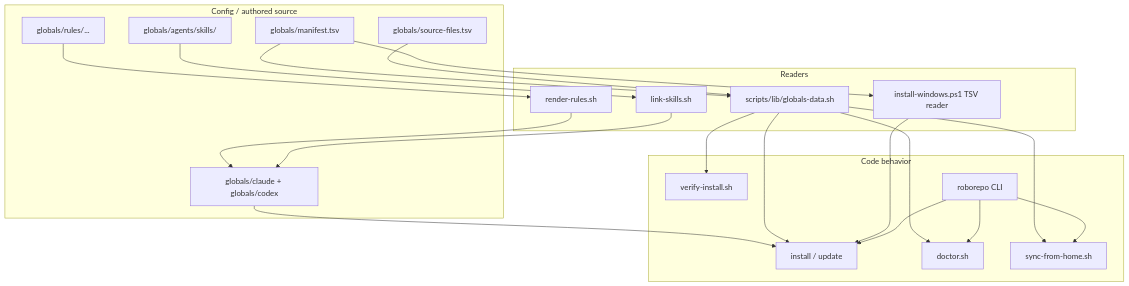
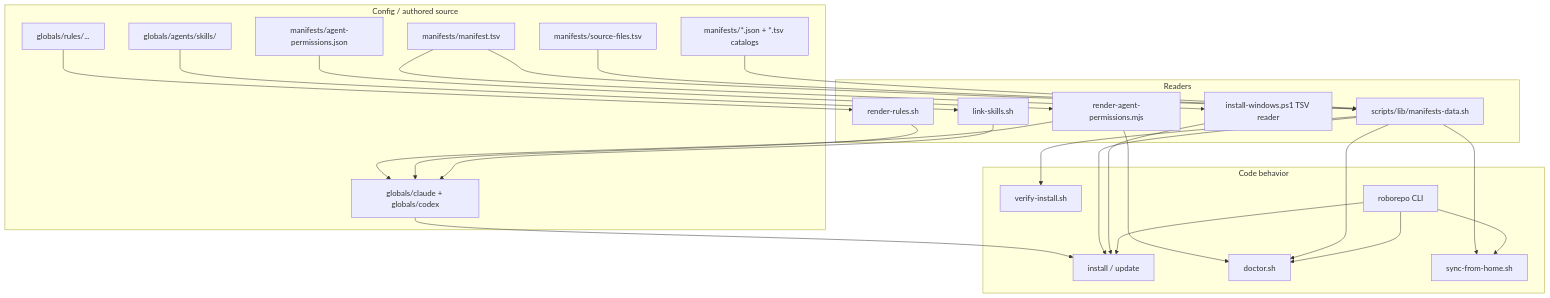
One commit to kirinmurphy/agent_harness_configs changed the first of 3 diagrams in docs/architecture/config-code-separation.md. Above: the diagram before and after it, drawn with Mermaid. The commit also changed other lines of this file and 33 other files, not shown here.

````diff
--- a/docs/architecture/config-code-separation.md
+++ b/docs/architecture/config-code-separation.md
@@ -32,43 +40,50 @@
 ```mermaid
 flowchart TD
   subgraph data["Config / authored source"]
-    manifest["globals/manifest.tsv"]
-    sourceFiles["globals/source-files.tsv"]
+    manifest["manifests/manifest.tsv"]
+    sourceFiles["manifests/source-files.tsv"]
+    agentPerms["manifests/agent-permissions.json"]
+    catalogs["manifests/*.json + *.tsv catalogs"]
     rules["globals/rules/..."]
     skills["globals/agents/skills/"]
     baselines["globals/claude + globals/codex"]
   end
 
   subgraph readers["Readers"]
-    bashReader["scripts/lib/globals-data.sh"]
+    bashReader["scripts/lib/manifests-data.sh"]
     psReader["install-windows.ps1 TSV reader"]
+    permissionRenderer["render-agent-permissions.mjs"]
     rulesRenderer["render-rules.sh"]
     skillLinker["link-skills.sh"]
   end
 
   subgraph behavior["Code behavior"]
     install["install / update"]
     verify["verify-install.sh"]
     doctor["doctor.sh"]
     sync["sync-from-home.sh"]
     cli["roborepo CLI"]
   end
 
   manifest --> bashReader
   manifest --> psReader
   sourceFiles --> bashReader
+  agentPerms --> permissionRenderer
+  catalogs --> bashReader
   rules --> rulesRenderer
   skills --> skillLinker
   baselines --> install
 
+  permissionRenderer --> baselines
+  permissionRenderer --> doctor
   bashReader --> install
   bashReader --> verify
   bashReader --> doctor
   bashReader --> sync
   psReader --> install
   rulesRenderer --> baselines
   skillLinker --> baselines
   cli --> install
   cli --> sync
   cli --> doctor
 ```
````
